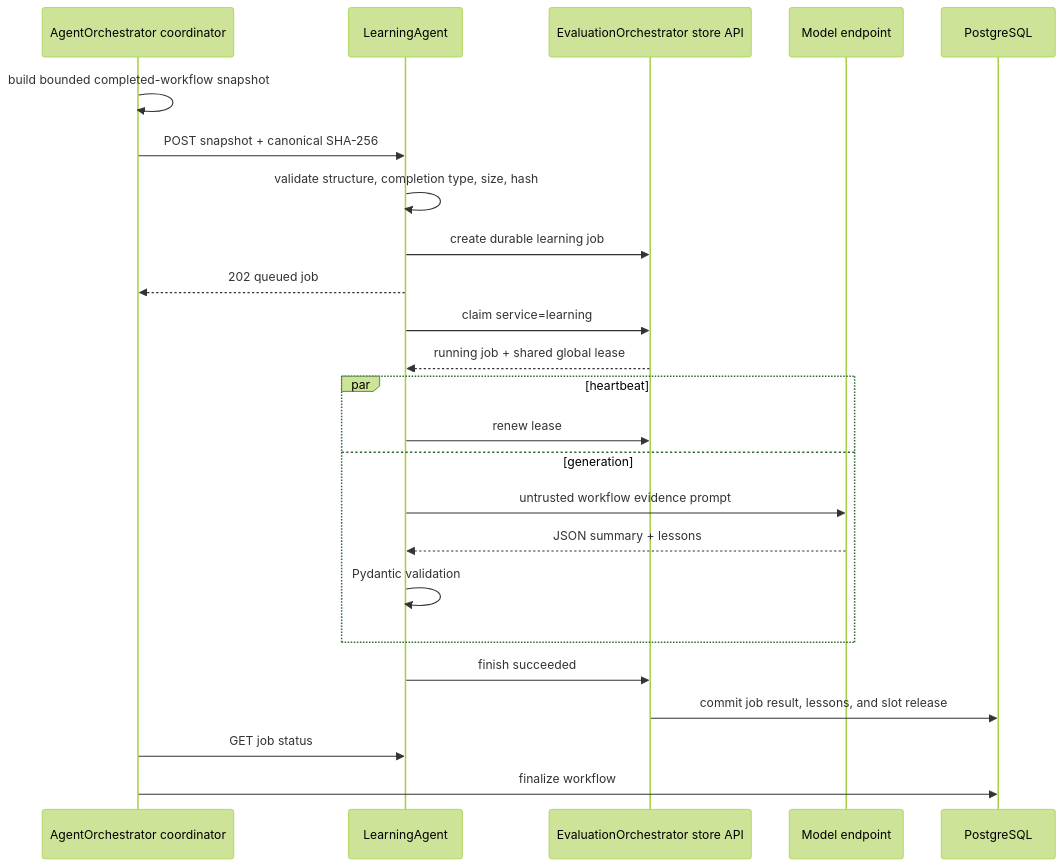
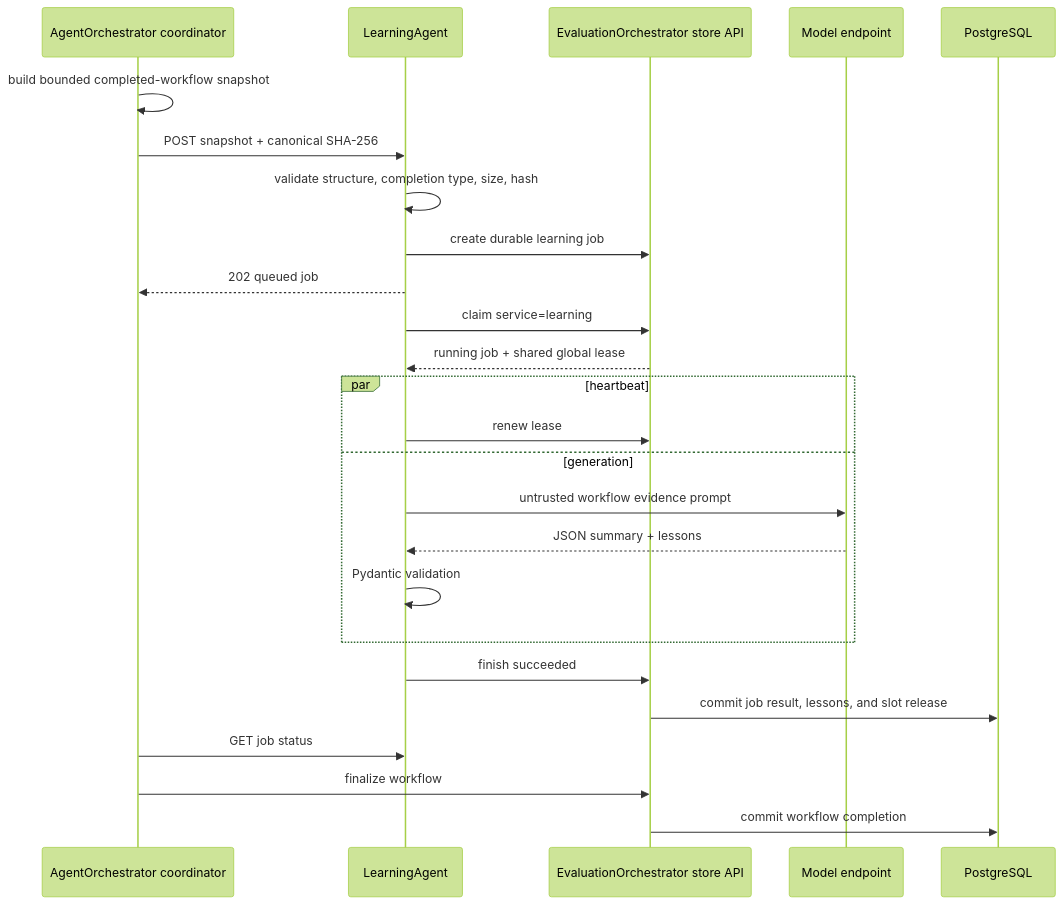
Before and after one commit to stanleyyoga123/IncidentBench: the diagram in Agents/LearningAgent/docs/architecture-and-flow.md, drawn with Mermaid (forest theme). The commit also changed other lines of this file and 27 other files, not shown here.

````diff
--- a/Agents/LearningAgent/docs/architecture-and-flow.md
+++ b/Agents/LearningAgent/docs/architecture-and-flow.md
@@ -27,27 +28,28 @@
 ```mermaid
 sequenceDiagram
   participant O as AgentOrchestrator coordinator
   participant L as LearningAgent
   participant S as EvaluationOrchestrator store API
   participant M as Model endpoint
   participant DB as PostgreSQL
 
   O->>O: build bounded completed-workflow snapshot
   O->>L: POST snapshot + canonical SHA-256
   L->>L: validate structure, completion type, size, hash
   L->>S: create durable learning job
   L-->>O: 202 queued job
   L->>S: claim service=learning
   S-->>L: running job + shared global lease
   par heartbeat
     L->>S: renew lease
   and generation
     L->>M: untrusted workflow evidence prompt
     M-->>L: JSON summary + lessons
     L->>L: Pydantic validation
   end
   L->>S: finish succeeded
   S->>DB: commit job result, lessons, and slot release
   O->>L: GET job status
-  O->>DB: finalize workflow
+  O->>S: finalize workflow
+  S->>DB: commit workflow completion
 ```
````
